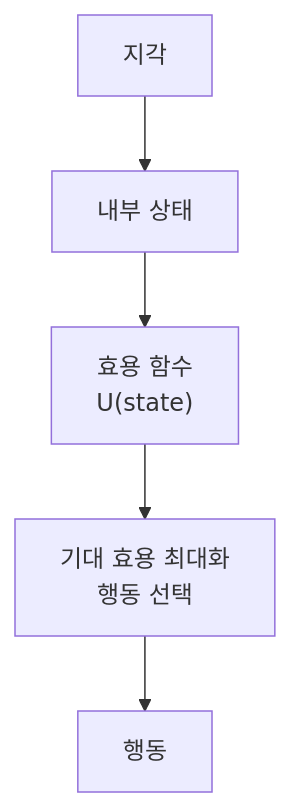
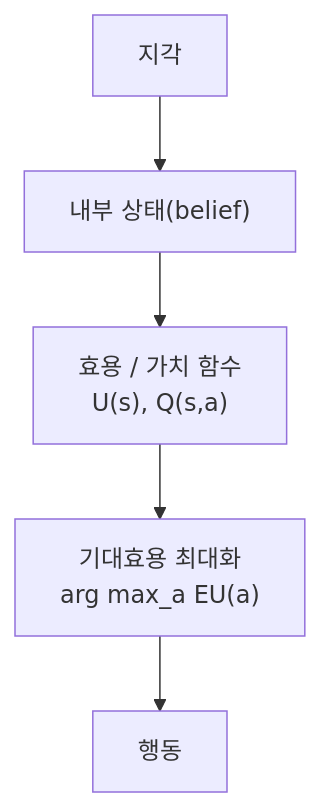
The seventh of 13 diagrams in _posts/2026-05-20-what-is-an-agent.md (wonbeomjang/wonbeomjang.github.io), drawn with Mermaid before and after one commit. The commit also changed other lines of this file, not shown here.

````diff
--- a/_posts/2026-05-20-what-is-an-agent.md
+++ b/_posts/2026-05-20-what-is-an-agent.md
@@ -138,7 +230,7 @@
 ```mermaid
 graph TD
-    P["지각"] --> ST["내부 상태"]
-    ST --> U["효용 함수<br/>U(state)"]
-    U --> CH["기대 효용 최대화<br/>행동 선택"]
+    P["지각"] --> ST["내부 상태(belief)"]
+    ST --> U["효용 / 가치 함수<br/>U(s), Q(s,a)"]
+    U --> CH["기대효용 최대화<br/>arg max_a EU(a)"]
     CH --> A["행동"]
 ```
````
